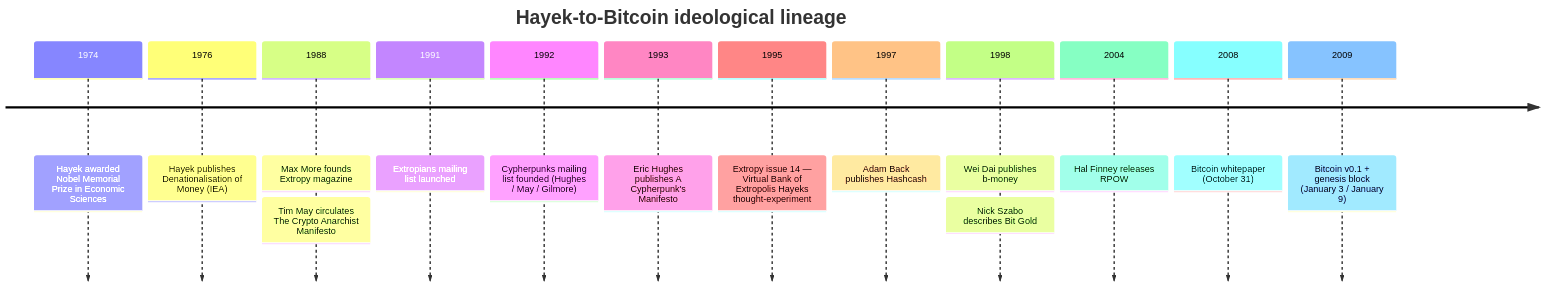
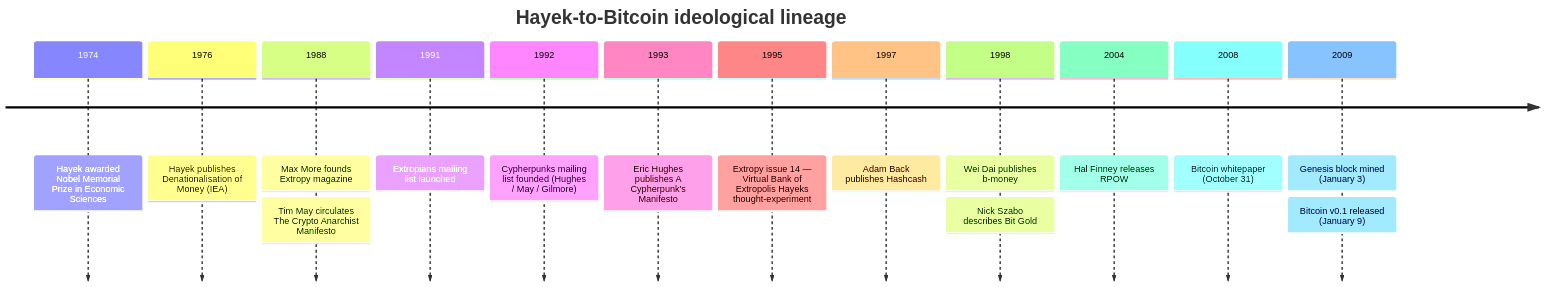
Before and after one commit to cypher256/BitcoinArchive: the first of 2 diagrams in src/data/entries/en/analysis/1976-10-25-hayek-extropians-bitcoin-lineage.md, drawn with Mermaid. The commit also changed 66 other files, not shown here.

````diff
--- a/src/data/entries/en/analysis/1976-10-25-hayek-extropians-bitcoin-lineage.md
+++ b/src/data/entries/en/analysis/1976-10-25-hayek-extropians-bitcoin-lineage.md
@@ -123,22 +123,24 @@
 ```mermaid
 timeline
   title Hayek-to-Bitcoin ideological lineage
   1974 : Hayek awarded Nobel Memorial Prize in Economic Sciences
   1976 : Hayek publishes Denationalisation of Money (IEA)
   1988 : Max More founds Extropy magazine
        : Tim May circulates The Crypto Anarchist Manifesto
   1991 : Extropians mailing list launched
   1992 : Cypherpunks mailing list founded (Hughes / May / Gilmore)
   1993 : Eric Hughes publishes A Cypherpunk's Manifesto
   1995 : Extropy issue 14 — Virtual Bank of Extropolis Hayeks thought-experiment
   1997 : Adam Back publishes Hashcash
   %% link: /BitcoinArchive/entries/aftermath/1997-03-28-adam-back-hashcash-announcement/
   1998 : Wei Dai publishes b-money
   %% link: /BitcoinArchive/entries/aftermath/1998-11-26-wei-dai-pipenet-b-money-announcement/
        : Nick Szabo describes Bit Gold
   2004 : Hal Finney releases RPOW
   2008 : Bitcoin whitepaper (October 31)
   %% link: /BitcoinArchive/entries/emails/cryptography/bitcoin-p2p-e-cash-paper/2008-10-31-bitcoin-p2p-e-cash-paper/
-  2009 : Bitcoin v0.1 + genesis block (January 3 / January 9)
+  2009 : Genesis block mined (January 3)
   %% link: /BitcoinArchive/entries/aftermath/2009-01-03-genesis-block/
+       : Bitcoin v0.1 released (January 9)
+  %% link: /BitcoinArchive/entries/aftermath/2009-01-09-bitcoin-v01-released/
 ```
````
